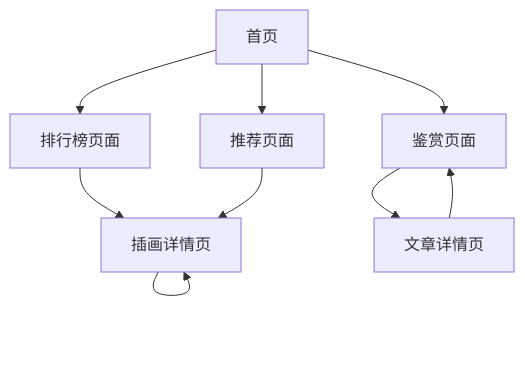
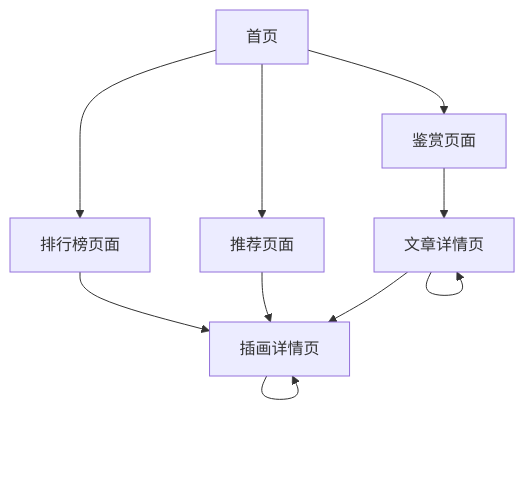
The diagram in .trae/documents/产品需求文档.md (evepupil/acg-otaku-web), drawn with Mermaid before and after one commit. The commit also changed other lines of this file and 355 other files, not shown here.

````diff
--- a/.trae/documents/产品需求文档.md
+++ b/.trae/documents/产品需求文档.md
@@ -53,11 +53,12 @@
 ```mermaid
 graph TD
-    A[首页] --> B[排行榜页面]
-    A --> C[推荐页面]
-    A --> D[鉴赏页面]
-    B --> E[插画详情页]
-    C --> E
-    D --> F[文章详情页]
-    E --> E
-    F --> D
+  A[首页] --> B[排行榜页面]
+  A --> C[推荐页面]
+  A --> D[鉴赏页面]
+  B --> E[插画详情页]
+  C --> E
+  D --> F[文章详情页]
+  F --> E
+  E --> E
+  F --> F
 ```
````
